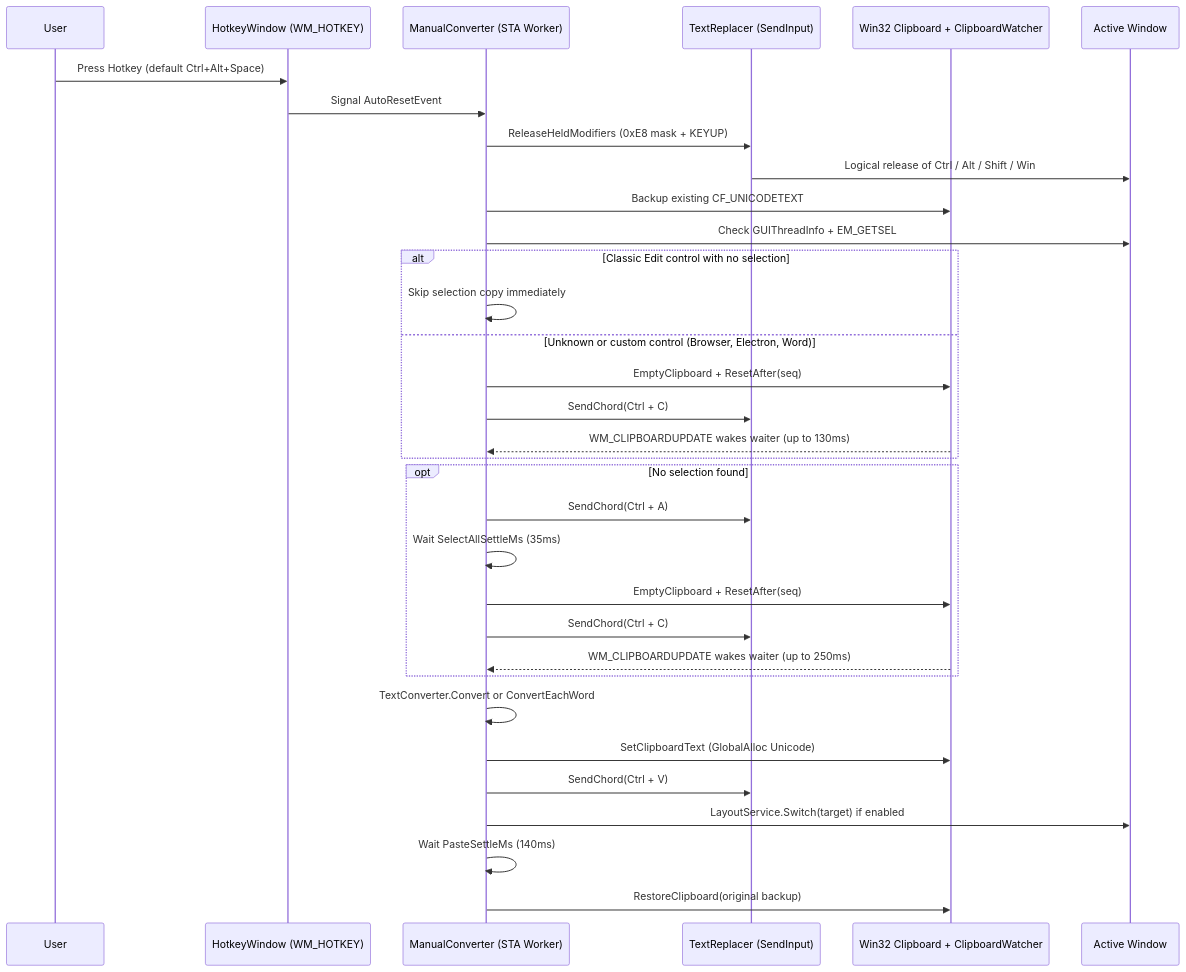
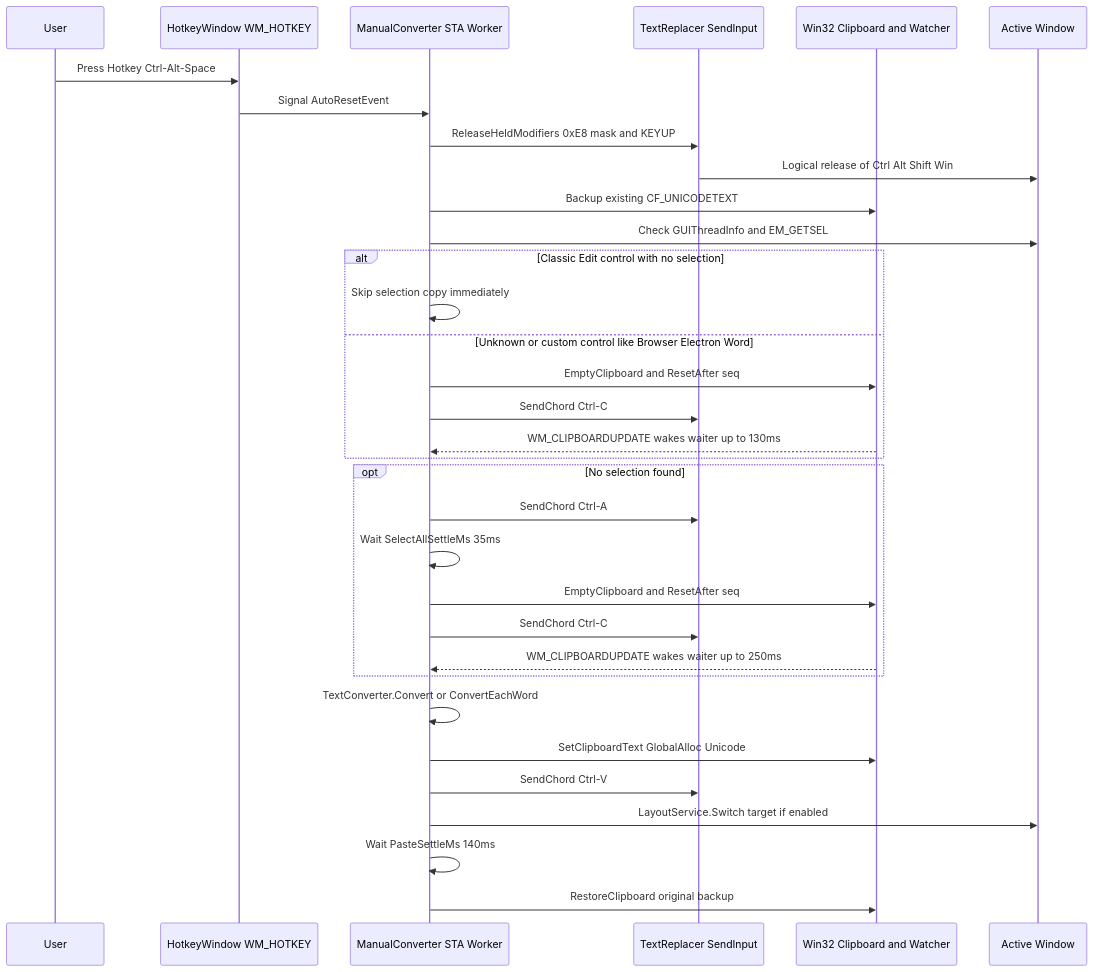
The fifth of 5 diagrams in README.md (MHKarami97/KeyFlip), drawn with Mermaid before and after one commit.

````diff
--- a/README.md
+++ b/README.md
@@ -296,39 +296,39 @@
 ```mermaid
 sequenceDiagram
     participant U as User
-    participant HW as HotkeyWindow (WM_HOTKEY)
-    participant MC as ManualConverter (STA Worker)
-    participant TR as TextReplacer (SendInput)
-    participant CB as Win32 Clipboard + ClipboardWatcher
+    participant HW as HotkeyWindow WM_HOTKEY
+    participant MC as ManualConverter STA Worker
+    participant TR as TextReplacer SendInput
+    participant CB as Win32 Clipboard and Watcher
     participant APP as Active Window
 
-    U->>HW: Press Hotkey (default Ctrl+Alt+Space)
+    U->>HW: Press Hotkey Ctrl-Alt-Space
     HW->>MC: Signal AutoResetEvent
-    MC->>TR: ReleaseHeldModifiers (0xE8 mask + KEYUP)
-    TR->>APP: Logical release of Ctrl / Alt / Shift / Win
+    MC->>TR: ReleaseHeldModifiers 0xE8 mask and KEYUP
+    TR->>APP: Logical release of Ctrl Alt Shift Win
     MC->>CB: Backup existing CF_UNICODETEXT
 
-    MC->>APP: Check GUIThreadInfo + EM_GETSEL
+    MC->>APP: Check GUIThreadInfo and EM_GETSEL
     alt Classic Edit control with no selection
         MC->>MC: Skip selection copy immediately
-    else Unknown or custom control (Browser, Electron, Word)
-        MC->>CB: EmptyClipboard + ResetAfter(seq)
-        MC->>TR: SendChord(Ctrl + C)
-        CB-->>MC: WM_CLIPBOARDUPDATE wakes waiter (up to 130ms)
+    else Unknown or custom control like Browser Electron Word
+        MC->>CB: EmptyClipboard and ResetAfter seq
+        MC->>TR: SendChord Ctrl-C
+        CB-->>MC: WM_CLIPBOARDUPDATE wakes waiter up to 130ms
     end
 
     opt No selection found
-        MC->>TR: SendChord(Ctrl + A)
-        MC->>MC: Wait SelectAllSettleMs (35ms)
-        MC->>CB: EmptyClipboard + ResetAfter(seq)
-        MC->>TR: SendChord(Ctrl + C)
-        CB-->>MC: WM_CLIPBOARDUPDATE wakes waiter (up to 250ms)
+        MC->>TR: SendChord Ctrl-A
+        MC->>MC: Wait SelectAllSettleMs 35ms
+        MC->>CB: EmptyClipboard and ResetAfter seq
+        MC->>TR: SendChord Ctrl-C
+        CB-->>MC: WM_CLIPBOARDUPDATE wakes waiter up to 250ms
     end
 
     MC->>MC: TextConverter.Convert or ConvertEachWord
-    MC->>CB: SetClipboardText (GlobalAlloc Unicode)
-    MC->>TR: SendChord(Ctrl + V)
-    MC->>APP: LayoutService.Switch(target) if enabled
-    MC->>MC: Wait PasteSettleMs (140ms)
-    MC->>CB: RestoreClipboard(original backup)
+    MC->>CB: SetClipboardText GlobalAlloc Unicode
+    MC->>TR: SendChord Ctrl-V
+    MC->>APP: LayoutService.Switch target if enabled
+    MC->>MC: Wait PasteSettleMs 140ms
+    MC->>CB: RestoreClipboard original backup
 ```
````
